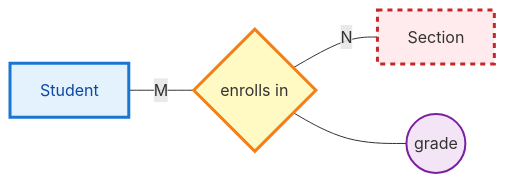
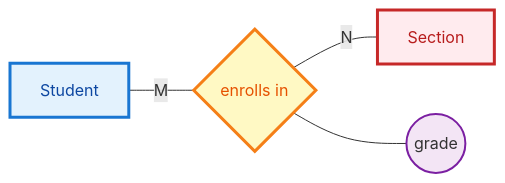
Before and after one commit to ufdatastudio/cop5725fa26: the sixth of 10 diagrams in lecture-outlines/day7-er-to-relations/slides.md, drawn with Mermaid. The commit also changed other lines of this file and 5 other files, not shown here.

First line of the commit message:
docs: align day 7 deck with the ER notation conventions

````diff
--- a/lecture-outlines/day7-er-to-relations/slides.md
+++ b/lecture-outlines/day7-er-to-relations/slides.md
@@ -314,14 +315,14 @@
 ```mermaid
 graph LR
   S["Student"] -- "M" --- E{"enrolls in"}
-  E -- "N" --- Sec["Section"]
+  E -- "N" --- Sec["<span class='weak-inner'>Section</span>"]
   E --- G(("grade"))
   classDef entity fill:#e3f2fd,stroke:#1976d2,stroke-width:3px,color:#0d47a1
-  classDef weak fill:#ffebee,stroke:#c62828,stroke-width:3px,stroke-dasharray:5 5
-  classDef rel fill:#fff9c4,stroke:#f57f17,stroke-width:3px
+  classDef weak fill:#ffebee,stroke:#c62828,stroke-width:3px,color:#b71c1c
+  classDef rel fill:#fff9c4,stroke:#f57f17,stroke-width:3px,color:#e65100
   classDef attr fill:#f3e5f5,stroke:#7b1fa2,stroke-width:2px
   class S entity
   class Sec weak
   class E rel
   class G attr
 ```
````
